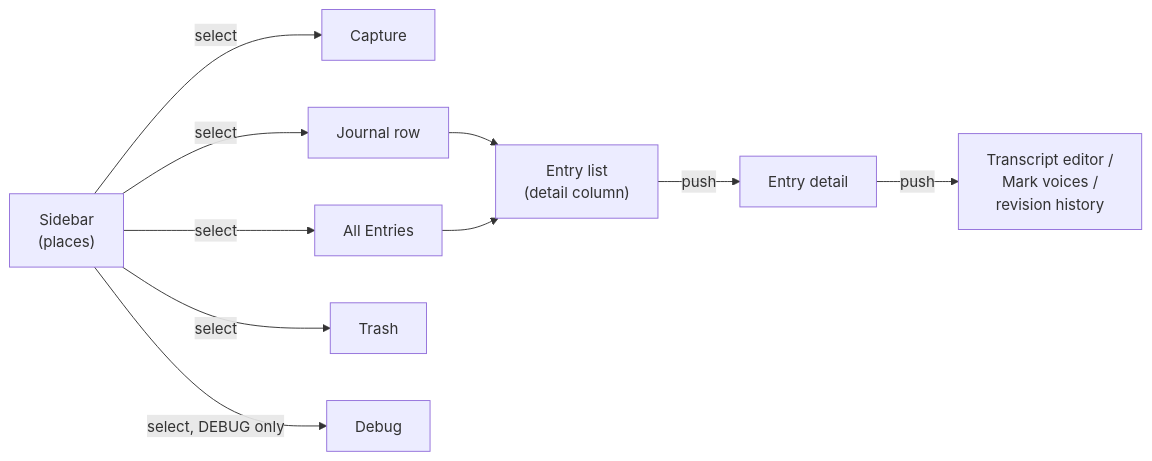
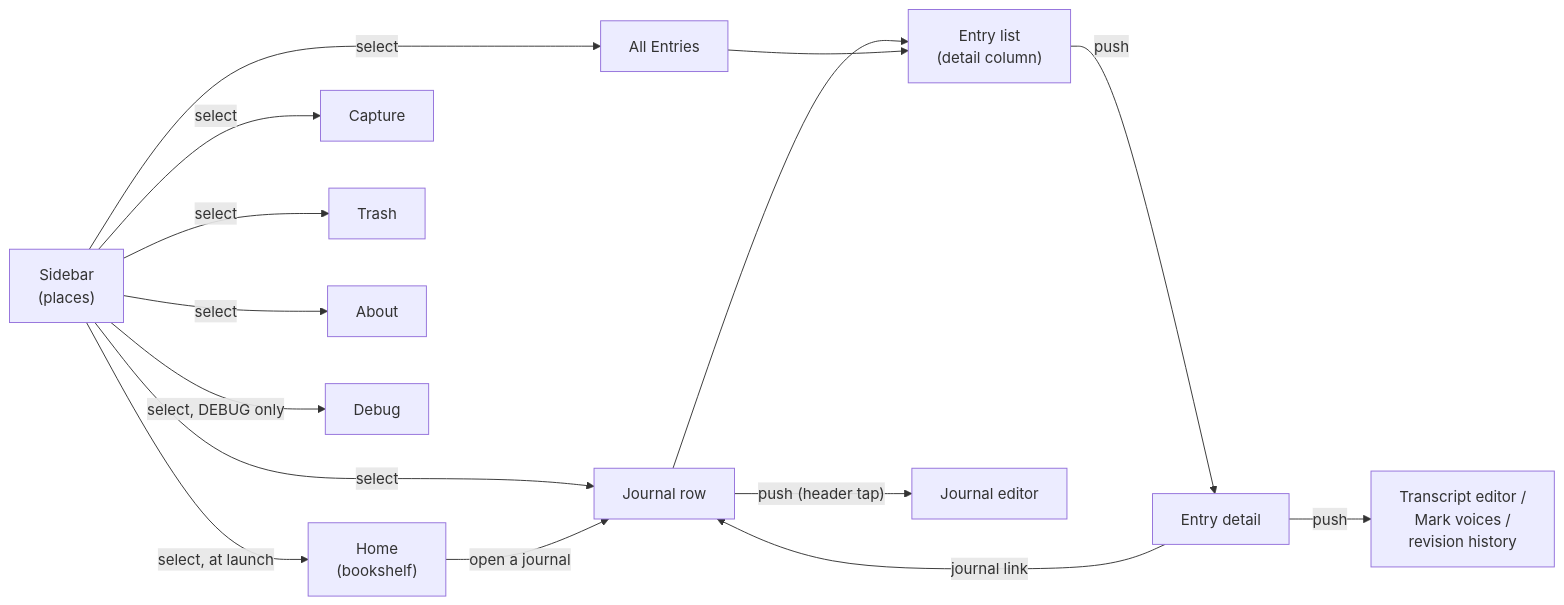
One commit to nicolovejoy/raconte changed the third of 4 diagrams in docs/overview.md. Above: the diagram before and after it, drawn with Mermaid. The commit also changed other lines of this file, not shown here.

````diff
--- a/docs/overview.md
+++ b/docs/overview.md
@@ -286,12 +327,17 @@
 ```mermaid
 flowchart LR
-    S["Sidebar\n(places)"] -->|"select"| P1["Capture"]
+    S["Sidebar\n(places)"] -->|"select, at launch"| P0["Home\n(bookshelf)"]
+    S -->|"select"| P1["Capture"]
     S -->|"select"| P2["Journal row"]
     S -->|"select"| P3["All Entries"]
     S -->|"select"| P4["Trash"]
+    S -->|"select"| P6["About"]
     S -->|"select, DEBUG only"| P5["Debug"]
+    P0 -->|"open a journal"| P2
     P2 --> L["Entry list\n(detail column)"]
     P3 --> L
     L -->|"push"| ED["Entry detail"]
     ED -->|"push"| EE["Transcript editor /\nMark voices /\nrevision history"]
+    ED -->|"journal link"| P2
+    P2 -->|"push (header tap)"| JE["Journal editor"]
 ```
````
